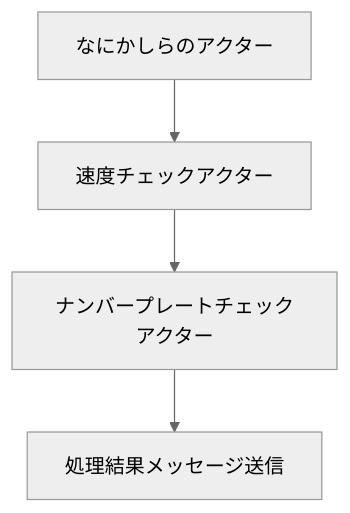
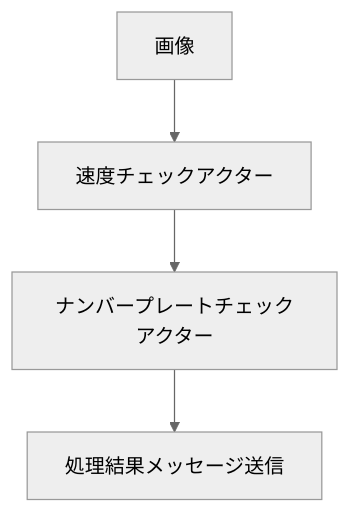
Before and after one commit to ytake/protoactor-go-example: the first of 2 diagrams in structure/readme.md, drawn with Mermaid (neutral theme). The commit also changed other lines of this file, not shown here.

````diff
--- a/structure/readme.md
+++ b/structure/readme.md
@@ -16,6 +16,7 @@
 ```mermaid
-graph TD;
-    なにかしらのアクター --> 速度チェックアクター;
-    速度チェックアクター -->　ナンバープレートチェックアクター;
+flowchart TD
+    画像 --> 速度チェックアクター;
+    速度チェックアクター --> ナンバープレートチェックアクター;
     ナンバープレートチェックアクター --> 処理結果メッセージ送信;
+
 ```
````
